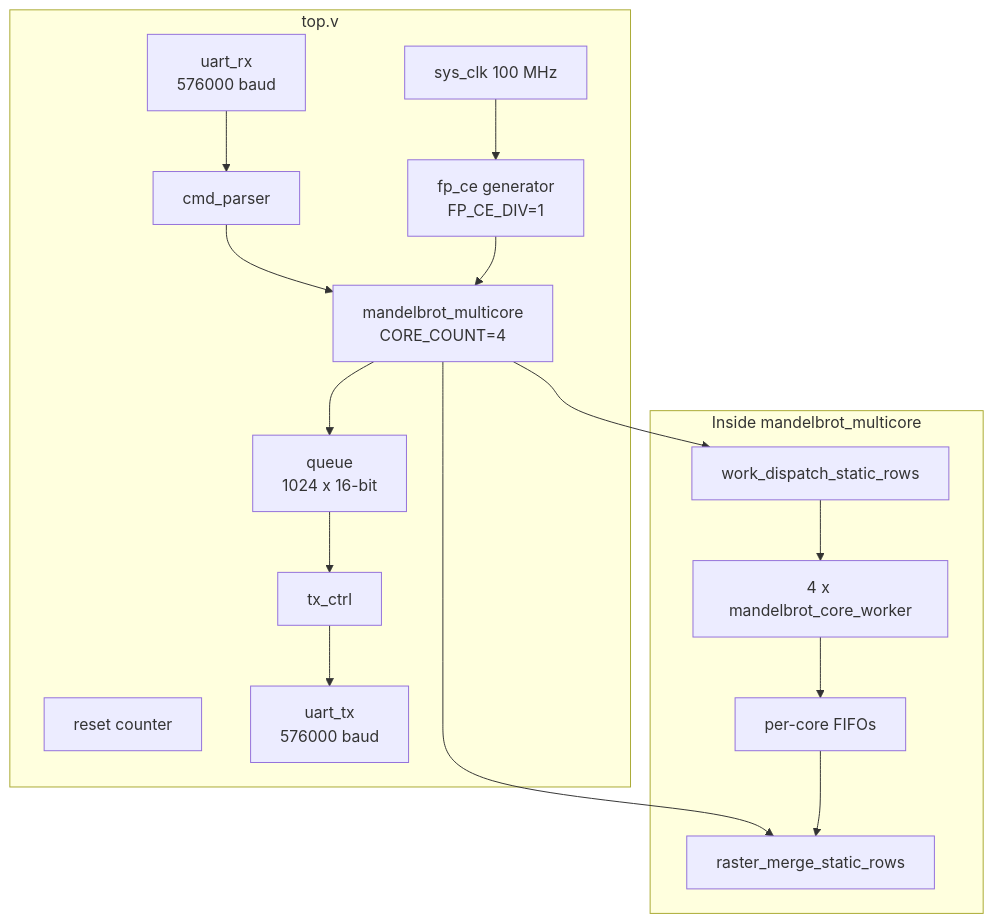
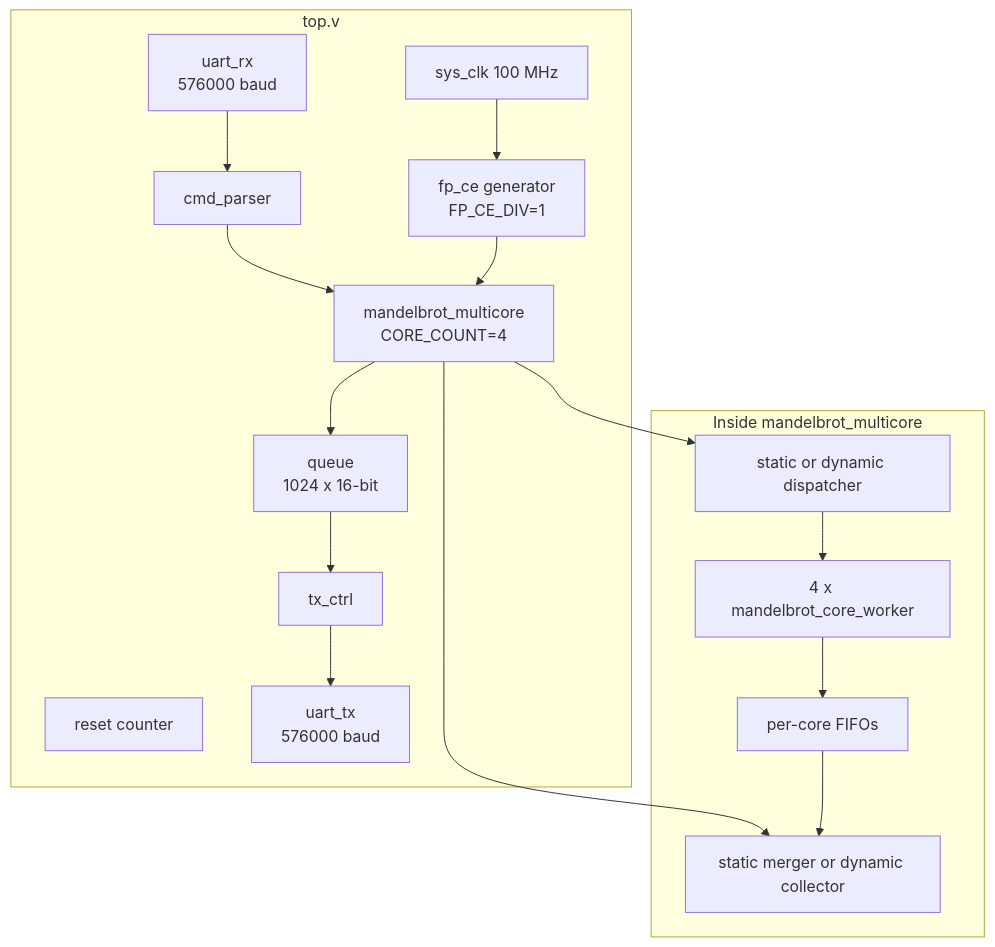
The second of 4 diagrams in README.md (RESBI/FPGA-Mandelbrot-Demo), drawn with Mermaid before and after one commit. The commit also changed other lines of this file and 12 other files, not shown here.

Commit message:
Add switchable dynamic idle-core row scheduler

````diff
--- a/README.md
+++ b/README.md
@@ -102,29 +107,29 @@
 ```mermaid
 flowchart TB
     subgraph TOP[top.v]
         CLK[sys_clk 100 MHz] --> CE[fp_ce generator<br/>FP_CE_DIV=1]
         RST[reset counter]
 
         URX[uart_rx<br/>576000 baud]
         UTX[uart_tx<br/>576000 baud]
         CMD[cmd_parser]
         CORE[mandelbrot_multicore<br/>CORE_COUNT=4]
         FIFO[queue<br/>1024 x 16-bit]
         TXC[tx_ctrl]
 
         URX --> CMD
         CMD --> CORE
         CE --> CORE
         CORE --> FIFO
         FIFO --> TXC
         TXC --> UTX
     end
 
     subgraph MC[Inside mandelbrot_multicore]
-        CORE --> DISP[work_dispatch_static_rows]
-        CORE --> MERGE[raster_merge_static_rows]
+        CORE --> DISP[static or dynamic dispatcher]
+        CORE --> MERGE[static merger or dynamic collector]
         DISP --> WORKERS[4 x mandelbrot_core_worker]
         WORKERS --> CFIFO[per-core FIFOs]
         CFIFO --> MERGE
     end
 ```
````
